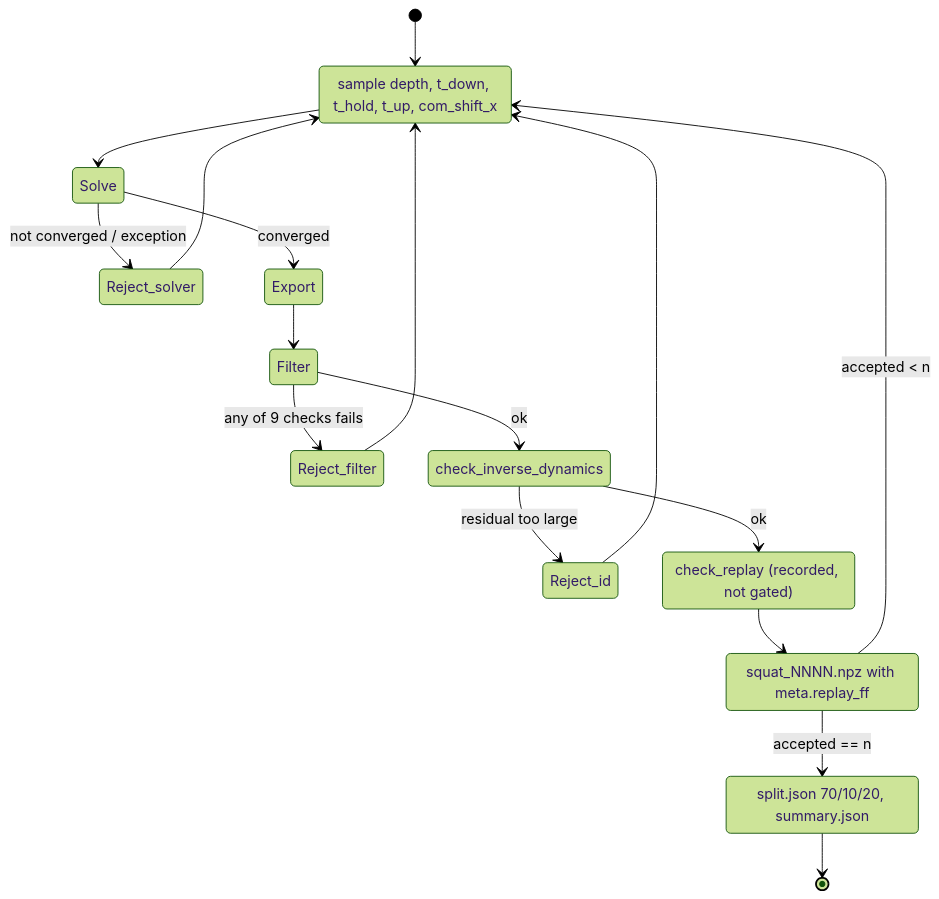
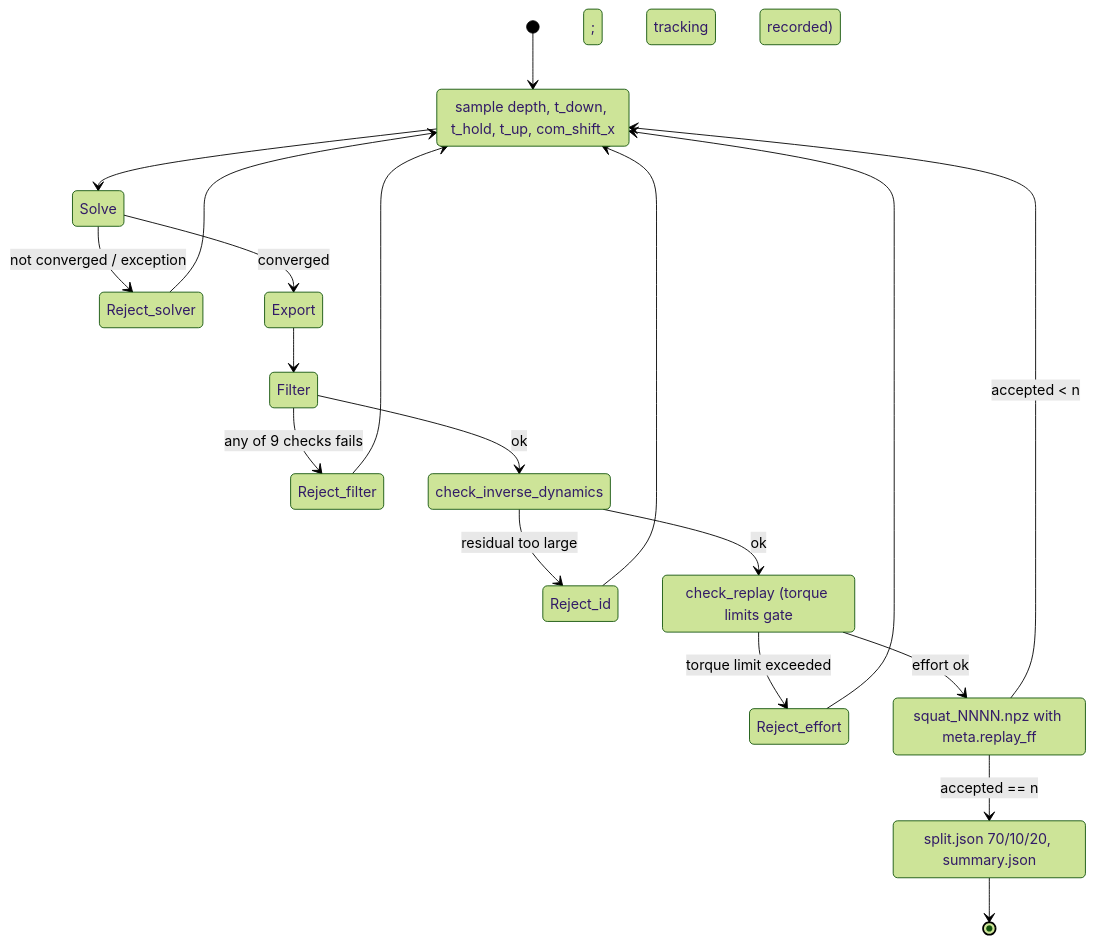
One commit to Oszkar/opt2skill-experiments changed the seventh of 7 diagrams in docs/TRAJECTORY_DIAGRAMS.md. Above: the diagram before and after it, drawn with Mermaid (forest theme). The commit also changed other lines of this file and 13 other files, not shown here.

Commit message:
Guard dataset output and enforce reference and substep torque limits

````diff
--- a/docs/TRAJECTORY_DIAGRAMS.md
+++ b/docs/TRAJECTORY_DIAGRAMS.md
@@ -340,24 +341,26 @@
 ```mermaid
 stateDiagram-v2
     [*] --> Sample
     Sample: sample depth, t_down, t_hold, t_up, com_shift_x
     Sample --> Solve
     Solve --> Reject_solver: not converged / exception
     Solve --> Export: converged
     Export --> Filter
     Filter --> Reject_filter: any of 9 checks fails
     Filter --> IDCheck: ok
     IDCheck: check_inverse_dynamics
     IDCheck --> Reject_id: residual too large
     IDCheck --> Replay: ok
-    Replay: check_replay (recorded, not gated)
-    Replay --> Save
+    Replay: check_replay (torque limits gate; tracking recorded)
+    Replay --> Reject_effort: torque limit exceeded
+    Reject_effort --> Sample
+    Replay --> Save: effort ok
     Save: squat_NNNN.npz with meta.replay_ff
     Save --> Sample: accepted < n
     Save --> Split: accepted == n
     Reject_solver --> Sample
     Reject_filter --> Sample
     Reject_id --> Sample
     Split: split.json 70/10/20, summary.json
     Split --> [*]
 ```
````
